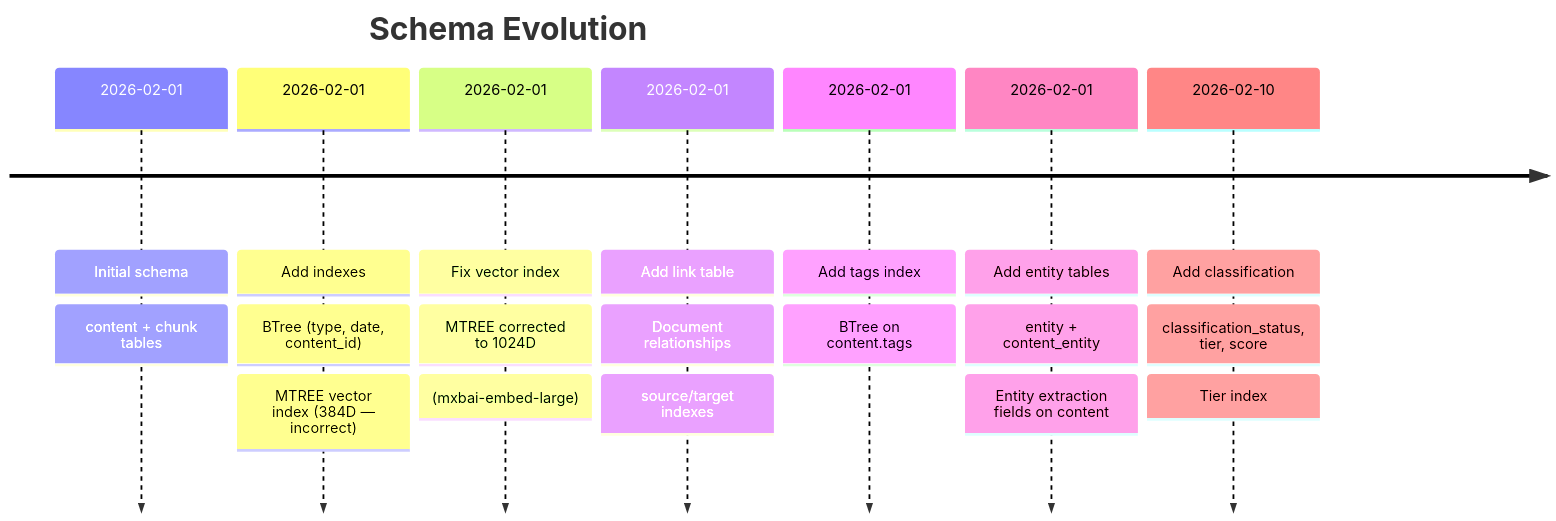
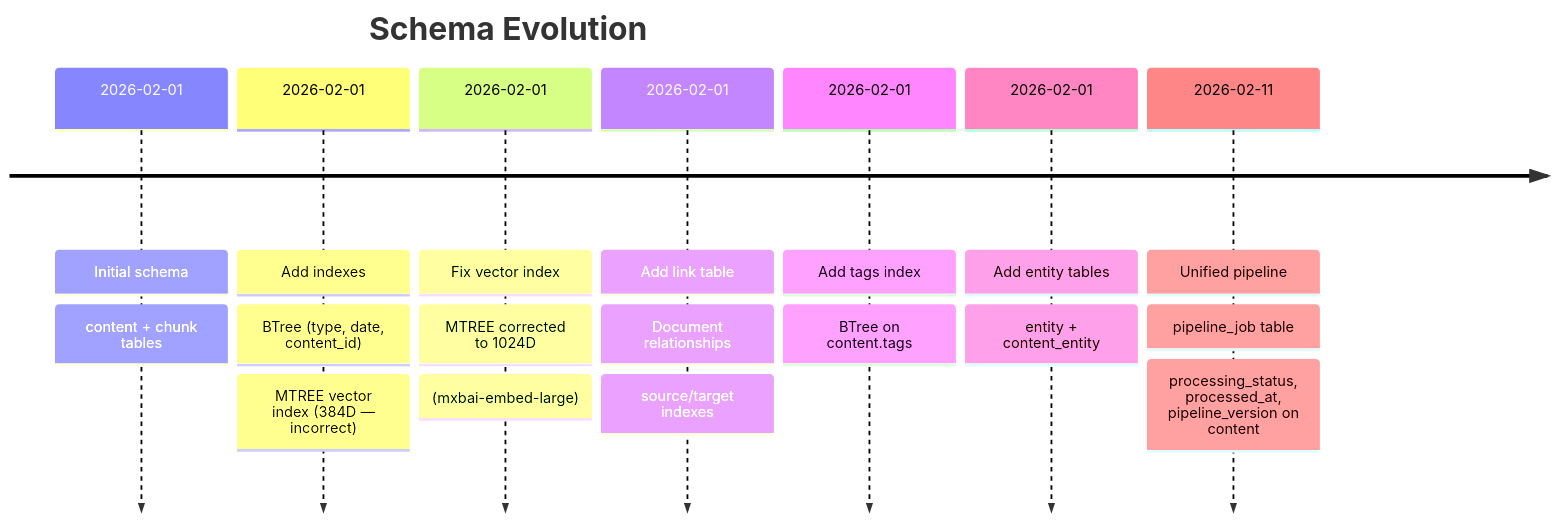
One commit to ilude/menos changed the seventh of 8 diagrams in docs/schema.md. Above: the diagram before and after it, drawn with Mermaid. The commit also changed other lines of this file and 46 other files, not shown here.

````diff
--- a/docs/schema.md
+++ b/docs/schema.md
@@ -354,23 +407,22 @@
 ```mermaid
 timeline
     title Schema Evolution
     2026-02-01 : Initial schema
                : content + chunk tables
     2026-02-01 : Add indexes
                : BTree (type, date, content_id)
                : MTREE vector index (384D — incorrect)
     2026-02-01 : Fix vector index
                : MTREE corrected to 1024D
                : (mxbai-embed-large)
     2026-02-01 : Add link table
                : Document relationships
                : source/target indexes
     2026-02-01 : Add tags index
                : BTree on content.tags
     2026-02-01 : Add entity tables
                : entity + content_entity
-               : Entity extraction fields on content
-    2026-02-10 : Add classification
-               : classification_status, tier, score
-               : Tier index
+    2026-02-11 : Unified pipeline
+               : pipeline_job table
+               : processing_status, processed_at, pipeline_version on content
 ```
````
